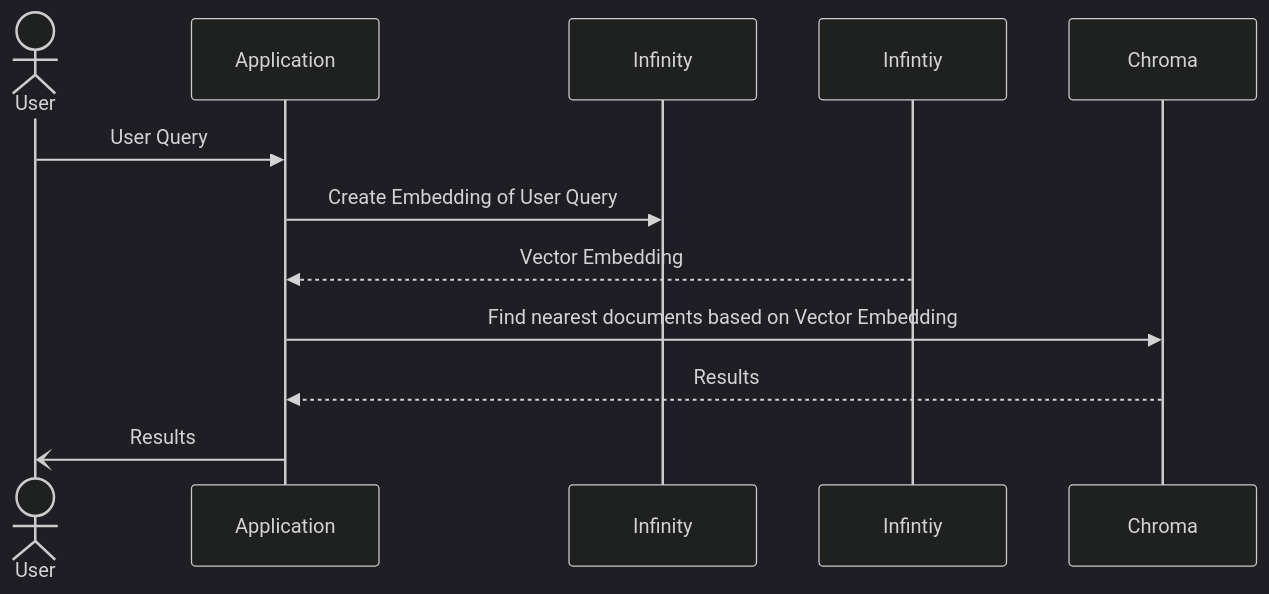
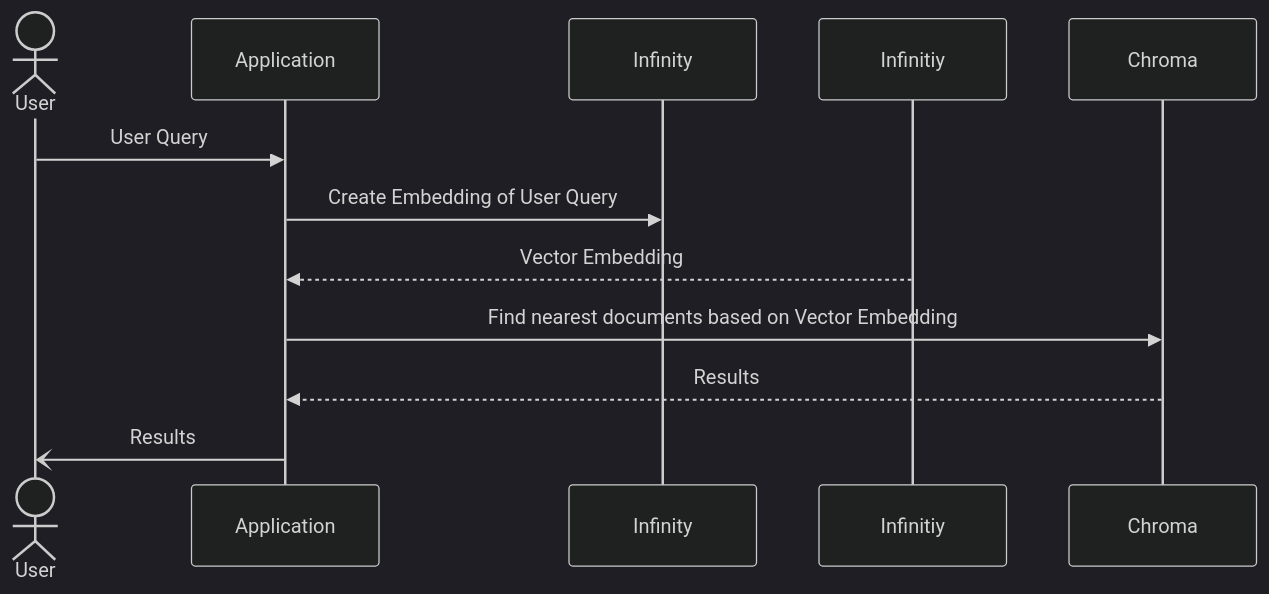
The diagram in README.md (cygni/cygni-competence-vectordbs), drawn with Mermaid (dark theme) before and after one commit. The commit also changed other lines of this file and 25 other files, not shown here.

````diff
--- a/README.md
+++ b/README.md
@@ -8,10 +12,10 @@
 ```mermaid
 sequenceDiagram
     actor User
     User->>Application: User Query
     Application->>Infinity: Create Embedding of User Query
-    Infintiy-->>Application: Vector Embedding
+    Infinitiy-->>Application: Vector Embedding
     Application->>Chroma: Find nearest documents based on Vector Embedding
     Chroma-->>Application: Results
     Application-)User: Results
 ```
````
